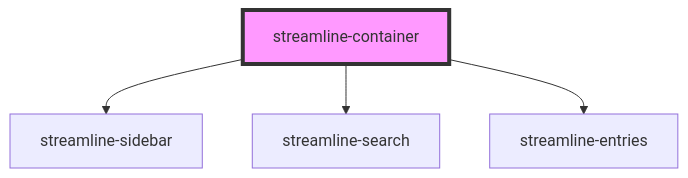
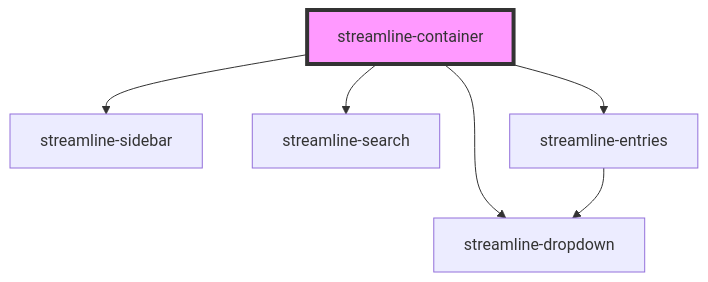
The diagram in stencil/src/components/streamline-container/readme.md (dnnsjsk/streamline), drawn with Mermaid before and after one commit. The commit also changed other lines of this file and 36 other files, not shown here.

````diff
--- a/stencil/src/components/streamline-container/readme.md
+++ b/stencil/src/components/streamline-container/readme.md
@@ -46,7 +57,9 @@
 ```mermaid
 graph TD;
   streamline-container --> streamline-sidebar
   streamline-container --> streamline-search
+  streamline-container --> streamline-dropdown
   streamline-container --> streamline-entries
+  streamline-entries --> streamline-dropdown
   style streamline-container fill:#f9f,stroke:#333,stroke-width:4px
 ```
````
